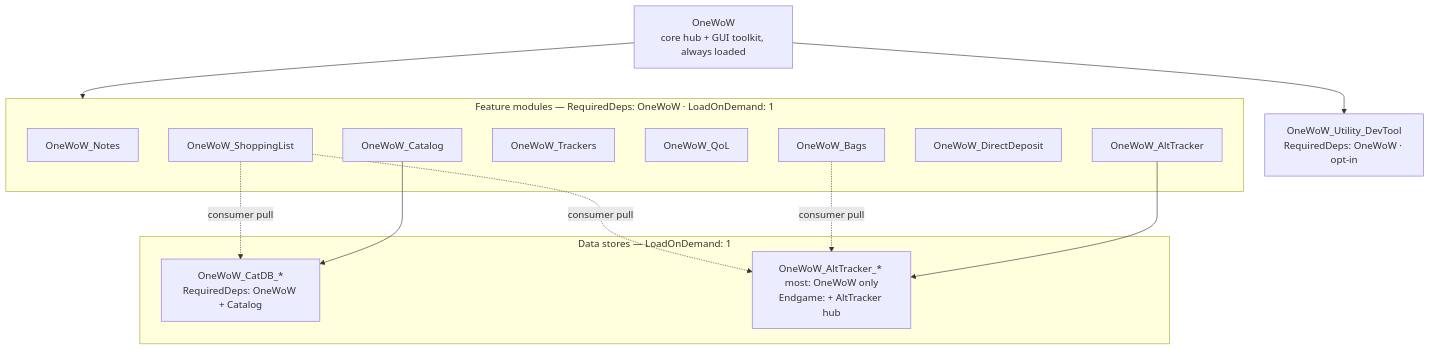
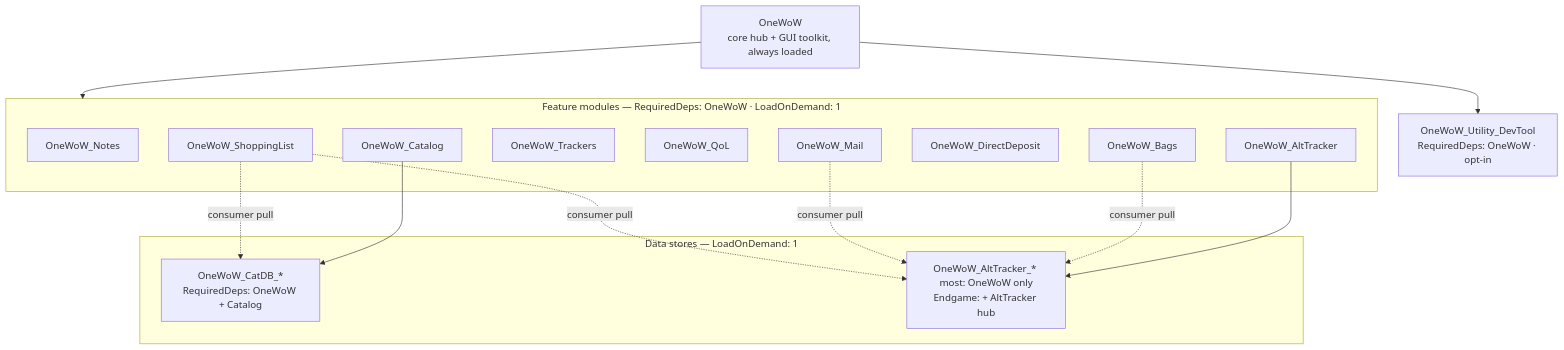
The diagram in OneWoW/Docs/ARCHITECTURE.md (RickyBry/OneWoW_Suite_PlayerRepo), drawn with Mermaid before and after one commit. The commit also changed other lines of this file and 16 other files, not shown here.

````diff
--- a/OneWoW/Docs/ARCHITECTURE.md
+++ b/OneWoW/Docs/ARCHITECTURE.md
@@ -41,29 +41,31 @@
 ```mermaid
 flowchart TB
     OW[OneWoW<br/>core hub + GUI toolkit, always loaded]
 
     subgraph Modules [Feature modules — RequiredDeps: OneWoW · LoadOnDemand: 1]
         Notes[OneWoW_Notes]
         AltTracker[OneWoW_AltTracker]
         Catalog[OneWoW_Catalog]
         Trackers[OneWoW_Trackers]
         QoL[OneWoW_QoL]
         ShoppingList[OneWoW_ShoppingList]
         DirectDeposit[OneWoW_DirectDeposit]
+        Mail[OneWoW_Mail]
         Bags[OneWoW_Bags]
     end
     OW --> Modules
 
     subgraph Stores [Data stores — LoadOnDemand: 1]
         CatDB[OneWoW_CatDB_*<br/>RequiredDeps: OneWoW + Catalog]
         AltData[OneWoW_AltTracker_* most: OneWoW only<br/>Endgame: + AltTracker hub]
     end
     Catalog --> CatDB
     AltTracker --> AltData
     Bags -.->|consumer pull| AltData
+    Mail -.->|consumer pull| AltData
     ShoppingList -.->|consumer pull| AltData
     ShoppingList -.->|consumer pull| CatDB
 
     DevTool[OneWoW_Utility_DevTool<br/>RequiredDeps: OneWoW · opt-in]
     OW --> DevTool
 ```
````
